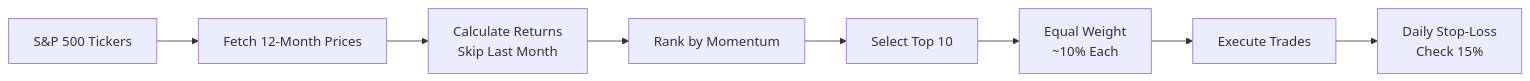
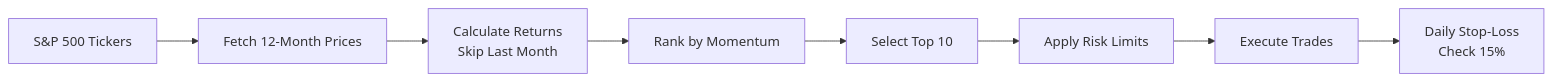
One commit to PAT0216/paper-trader changed the first of 2 diagrams in README.md. Above: the diagram before and after it, drawn with Mermaid. The commit also changed other lines of this file and 4 other files, not shown here.

````diff
--- a/README.md
+++ b/README.md
@@ -83,10 +95,10 @@
 ```mermaid
 flowchart LR
     A[S&P 500 Tickers] --> B[Fetch 12-Month Prices]
     B --> C[Calculate Returns<br/>Skip Last Month]
     C --> D[Rank by Momentum]
     D --> E[Select Top 10]
-    E --> F[Equal Weight<br/>~10% Each]
+    E --> F[Apply Risk Limits]
     F --> G[Execute Trades]
     G --> H[Daily Stop-Loss<br/>Check 15%]
 ```
````
